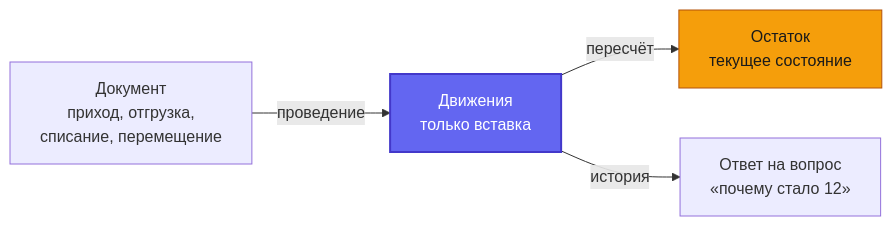
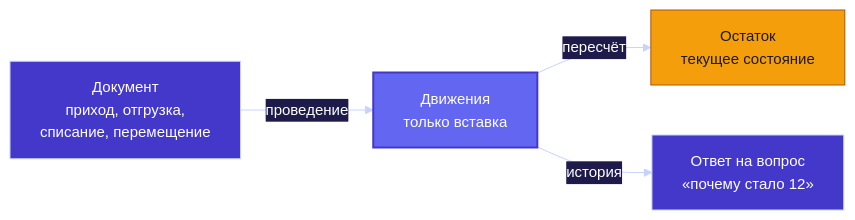
The first of 2 diagrams in README.md (Shohruh1997/inventory-accounting-notes), drawn with Mermaid before and after one commit. The commit also changed other lines of this file, not shown here.

Commit message:
Диаграммы: полный набор переменных темы — читаемые строки ER, видимые стрелки, шрифт

````diff
--- a/README.md
+++ b/README.md
@@ -34,9 +34,10 @@
 ```mermaid
+%%{init: {'theme':'base','themeVariables':{'fontFamily':'ui-sans-serif,-apple-system,BlinkMacSystemFont,Segoe UI,Roboto,Helvetica,Arial,sans-serif','fontSize':'15px','primaryColor':'#4338ca','primaryTextColor':'#ffffff','primaryBorderColor':'#c7d2fe','secondaryColor':'#6d28d9','tertiaryColor':'#312e81','lineColor':'#c7d2fe','textColor':'#ffffff','mainBkg':'#4338ca','nodeBorder':'#c7d2fe','nodeTextColor':'#ffffff','edgeLabelBackground':'#1e1b4b','attributeBackgroundColorOdd':'#4338ca','attributeBackgroundColorEven':'#4f46e5','noteBkgColor':'#fbbf24','noteTextColor':'#1a1a1a','noteBorderColor':'#b45309','clusterBkg':'#1e1b4b','clusterBorder':'#c7d2fe','labelBoxBkgColor':'#4338ca','labelBoxBorderColor':'#c7d2fe','labelTextColor':'#ffffff','actorBkg':'#4338ca','actorBorder':'#c7d2fe','actorTextColor':'#ffffff','actorLineColor':'#c7d2fe','signalColor':'#c7d2fe','signalTextColor':'#ffffff','sequenceNumberColor':'#1a1a1a','activationBkgColor':'#6d28d9','activationBorderColor':'#c7d2fe','transitionColor':'#c7d2fe','transitionLabelColor':'#ffffff','stateBkg':'#4338ca','stateLabelColor':'#ffffff','altBackground':'#312e81','compositeBackground':'#1e1b4b','compositeBorder':'#c7d2fe','compositeTitleBackground':'#312e81','specialStateColor':'#c7d2fe','innerEndBackground':'#c7d2fe','cScale0':'#4338ca'}}}%%
 flowchart LR
     D[Документ<br/>приход, отгрузка,<br/>списание, перемещение] -->|проведение| M[Движения<br/>только вставка]
     M -->|пересчёт| B[Остаток<br/>текущее состояние]
     M -->|история| Q[Ответ на вопрос<br/>«почему стало 12»]
 
     style M fill:#6366f1,stroke:#4338ca,stroke-width:2px,color:#ffffff
     style B fill:#f59e0b,stroke:#b45309,color:#1a1a1a
 ```
````
